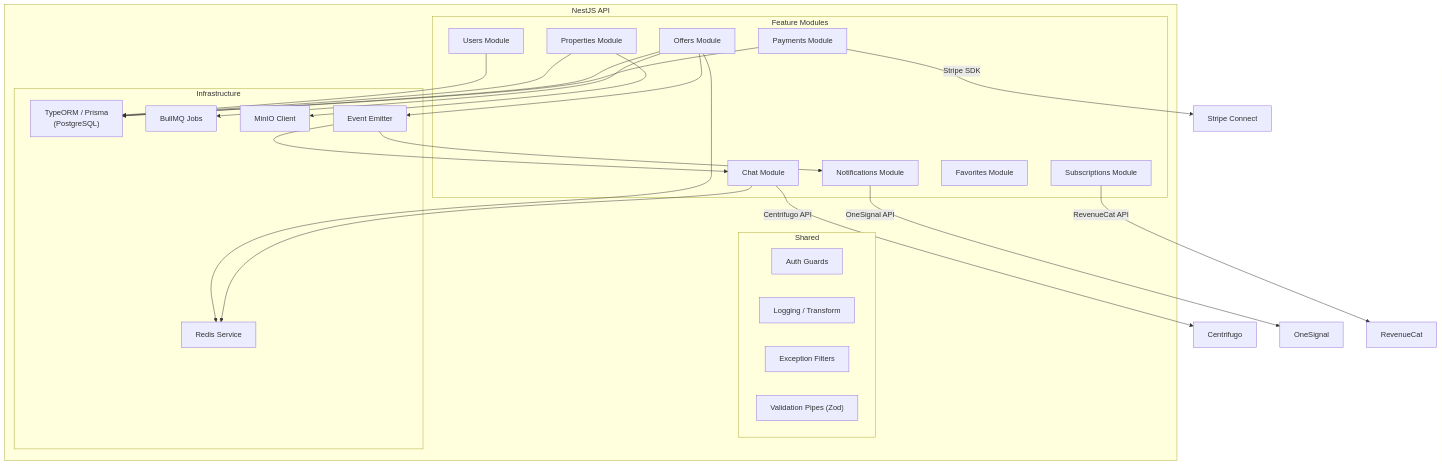
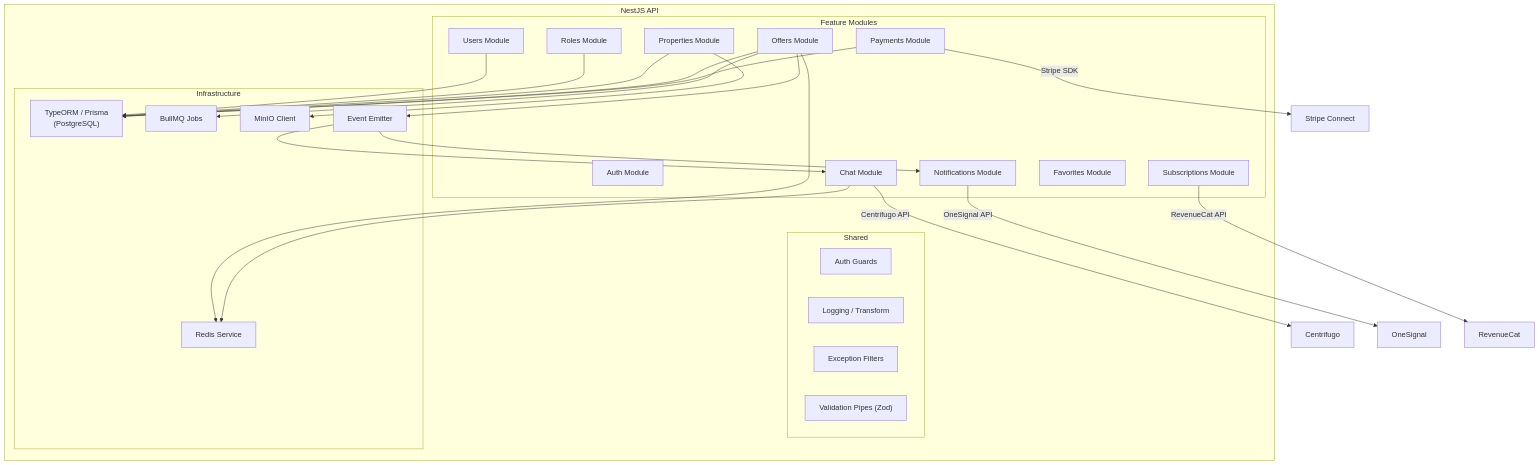
Before and after one commit to Sebastiandg007/bidclean: the third of 6 diagrams in docs/ARCHITECTURE.md, drawn with Mermaid. The commit also changed 15 other files, not shown here.

Commit message:
feat(api): scaffold roles module with entities, DTOs, and controller

````diff
--- a/docs/ARCHITECTURE.md
+++ b/docs/ARCHITECTURE.md
@@ -150,46 +150,49 @@
 ```mermaid
 graph TB
     subgraph API["NestJS API"]
         subgraph Modules["Feature Modules"]
+            Auth["Auth Module"]
+            Roles["Roles Module"]
             Users["Users Module"]
             Properties["Properties Module"]
             Offers["Offers Module"]
             Payments["Payments Module"]
             Chat["Chat Module"]
             Notifications["Notifications Module"]
             Subscriptions["Subscriptions Module"]
             Favorites["Favorites Module"]
         end
 
         subgraph Shared["Shared"]
             Guards["Auth Guards"]
             Interceptors["Logging / Transform"]
             Filters["Exception Filters"]
             Pipes["Validation Pipes (Zod)"]
         end
 
         subgraph Infra["Infrastructure"]
             DB["TypeORM / Prisma<br/>(PostgreSQL)"]
             Cache["Redis Service"]
             Queue["BullMQ Jobs"]
             Storage["MinIO Client"]
             Events["Event Emitter"]
         end
     end
 
     Users --> DB
+    Roles --> DB
     Properties --> DB
     Properties --> Storage
     Offers --> DB
     Offers --> Cache
     Offers --> Queue
     Offers --> Events
     Payments --> DB
     Payments --> |"Stripe SDK"| Stripe["Stripe Connect"]
     Chat --> Cache
     Chat --> |"Centrifugo API"| Centrifugo["Centrifugo"]
     Notifications --> |"OneSignal API"| OneSignal["OneSignal"]
     Subscriptions --> |"RevenueCat API"| RevenueCat["RevenueCat"]
     Events --> Notifications
     Events --> Chat
 ```
````
